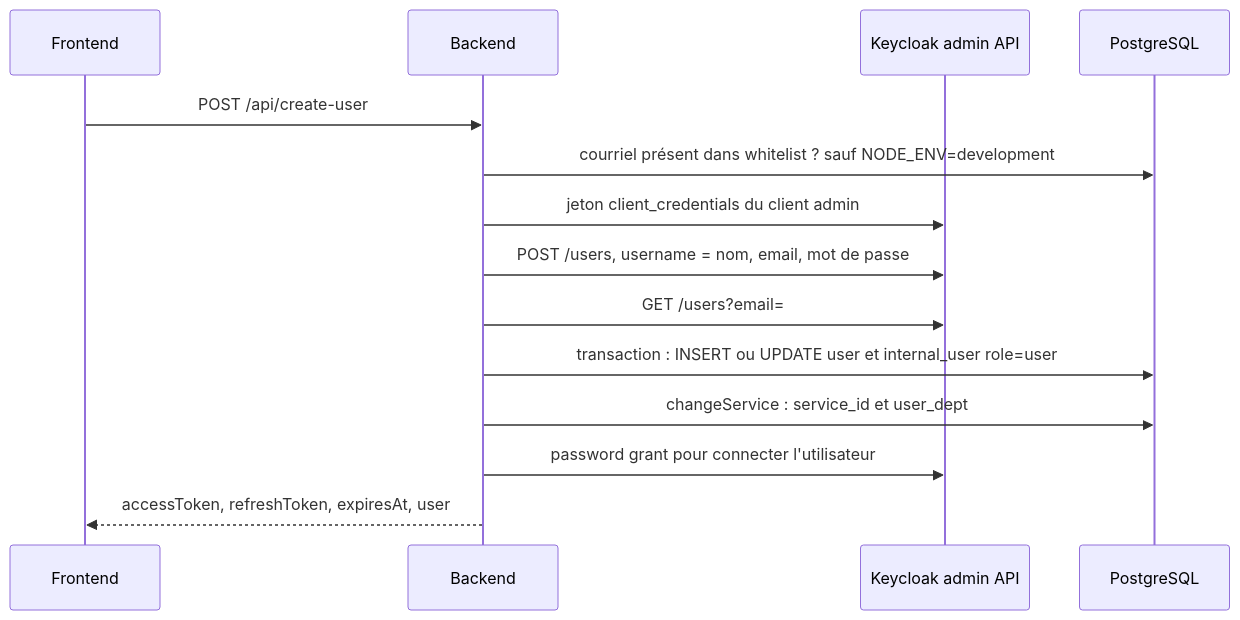
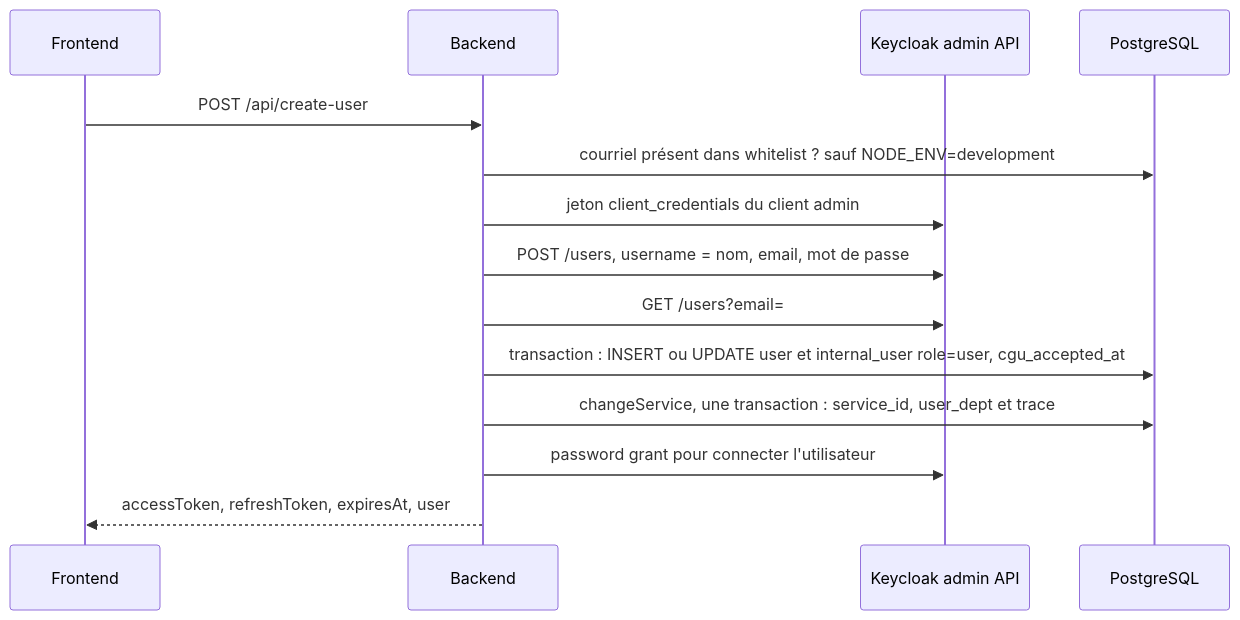
The third of 5 diagrams in docs/04-backend-api.md (betagouv/patrinotes), drawn with Mermaid before and after one commit. The commit also changed other lines of this file and 18 other files, not shown here.

````diff
--- a/docs/04-backend-api.md
+++ b/docs/04-backend-api.md
@@ -362,16 +381,16 @@
 ```mermaid
 sequenceDiagram
     participant F as Frontend
     participant B as Backend
     participant K as Keycloak admin API
     participant D as PostgreSQL
     F->>B: POST /api/create-user
     B->>D: courriel présent dans whitelist ? sauf NODE_ENV=development
     B->>K: jeton client_credentials du client admin
     B->>K: POST /users, username = nom, email, mot de passe
     B->>K: GET /users?email=
-    B->>D: transaction : INSERT ou UPDATE user et internal_user role=user
-    B->>D: changeService : service_id et user_dept
+    B->>D: transaction : INSERT ou UPDATE user et internal_user role=user, cgu_accepted_at
+    B->>D: changeService, une transaction : service_id, user_dept et trace
     B->>K: password grant pour connecter l'utilisateur
     B-->>F: accessToken, refreshToken, expiresAt, user
 ```
````
